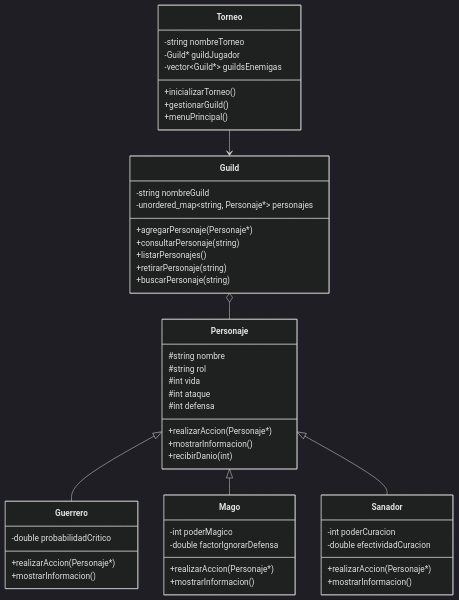
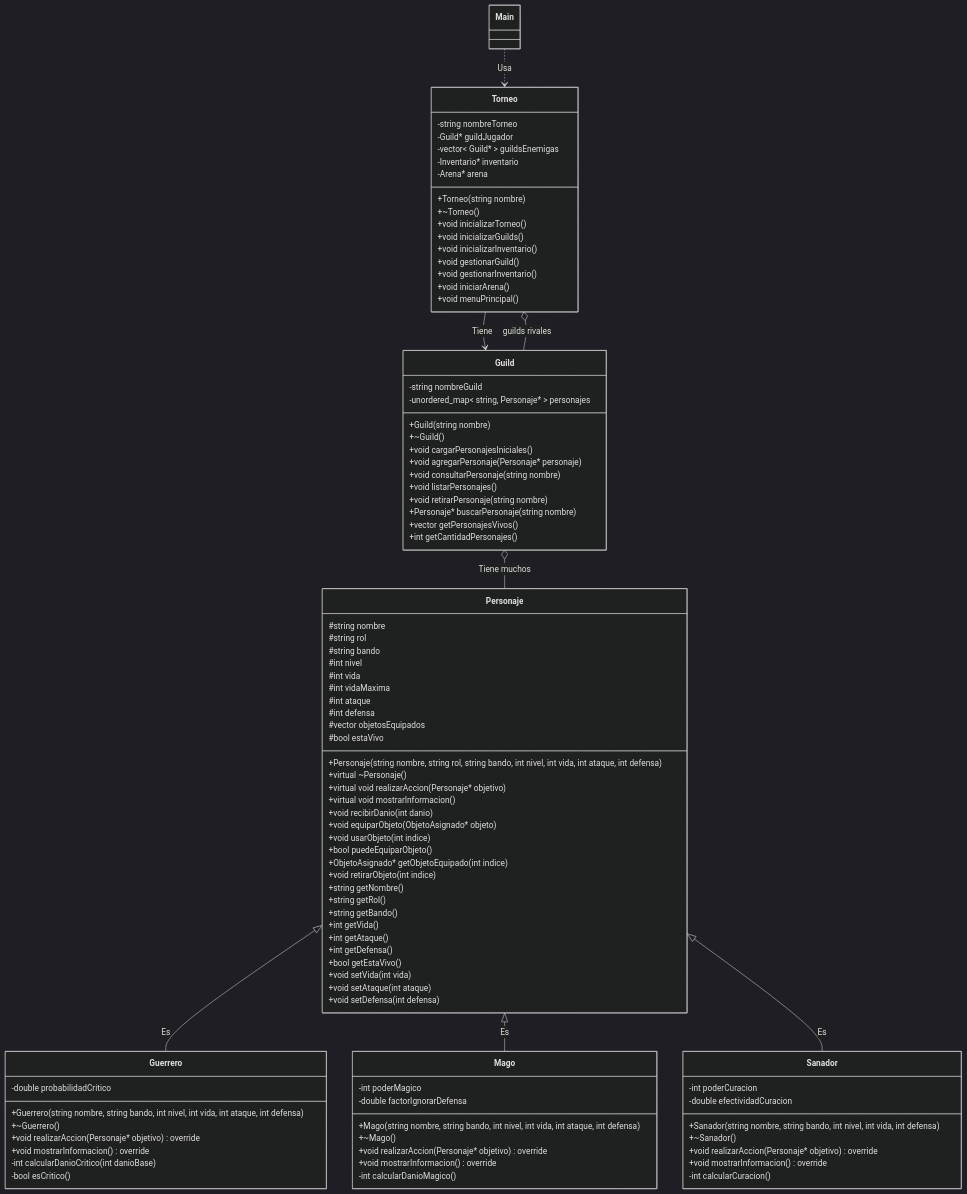
The diagram in Manual_Tecnico_Para el _Grupo.md (300CIS017-Object-Oriented-Programming/proyectofinal20252-el-gran-torneo-de-la-arena-proyectopoo), drawn with Mermaid (dark theme) before and after one commit.

Commit message:
MOD: Modifique el diagrama UML en el manual tecnico -> Corregir errores -> Claridad en el funcionamiento del sistema.

````diff
--- a/Manual_Tecnico_Para el _Grupo.md
+++ b/Manual_Tecnico_Para el _Grupo.md
@@ -141,58 +141,133 @@
 ```mermaid
 classDiagram
-    class Torneo{
+class Torneo{
         -string nombreTorneo
         -Guild* guildJugador
-        -vector~Guild*~ guildsEnemigas
-        +inicializarTorneo()
-        +gestionarGuild()
-        +menuPrincipal()
+        -vector< Guild* > guildsEnemigas  
+        -Inventario* inventario
+        -Arena* arena
+        
+        +Torneo(string nombre)
+        +~Torneo()
+        
+        +void inicializarTorneo()
+        +void inicializarGuilds()
+        +void inicializarInventario()
+        
+        +void gestionarGuild()
+        +void gestionarInventario()
+        +void iniciarArena()
+        
+        +void menuPrincipal()
     }
 
+    %% Gestiona personajes de un equipo
     class Guild{
         -string nombreGuild
-        -unordered_map~string, Personaje*~ personajes
-        +agregarPersonaje(Personaje*)
-        +consultarPersonaje(string)
-        +listarPersonajes()
-        +retirarPersonaje(string)
-        +buscarPersonaje(string)
+        -unordered_map< string, Personaje* > personajes
+        
+        +Guild(string nombre)
+        +~Guild()
+        
+        +void cargarPersonajesIniciales()
+        +void agregarPersonaje(Personaje* personaje)
+        +void consultarPersonaje(string nombre)
+        +void listarPersonajes()
+        +void retirarPersonaje(string nombre)
+        +Personaje* buscarPersonaje(string nombre)
+        
+        +vector<Personaje*> getPersonajesVivos()
+        +int getCantidadPersonajes()
     }
 
+    %% Clase base para personajes
     class Personaje{
         #string nombre
         #string rol
+        #string bando
+        #int nivel
         #int vida
+        #int vidaMaxima
         #int ataque
         #int defensa
-        +realizarAccion(Personaje*)
-        +mostrarInformacion()
-        +recibirDanio(int)
+        #vector<ObjetoAsignado*> objetosEquipados
+        #bool estaVivo
+        
+        +Personaje(string nombre, string rol, string bando, int nivel, int vida, int ataque, int defensa)
+        +virtual ~Personaje()
+        
+        +virtual void realizarAccion(Personaje* objetivo) 
+        +virtual void mostrarInformacion()
+        
+        +void recibirDanio(int danio)
+        +void equiparObjeto(ObjetoAsignado* objeto)
+        +void usarObjeto(int indice)
+        +bool puedeEquiparObjeto()
+        +ObjetoAsignado* getObjetoEquipado(int indice)
+        +void retirarObjeto(int indice)
+        
+        +string getNombre()
+        +string getRol()
+        +string getBando()
+        +int getVida()
+        +int getAtaque()
+        +int getDefensa()
+        +bool getEstaVivo()
+        
+        +void setVida(int vida)
+        +void setAtaque(int ataque)
+        +void setDefensa(int defensa)
     }
 
+    %% Especializado en ataques físicos
     class Guerrero{
         -double probabilidadCritico
-        +realizarAccion(Personaje*)
-        +mostrarInformacion()
+        
+        +Guerrero(string nombre, string bando, int nivel, int vida, int ataque, int defensa)
+        +~Guerrero()
+        
+        +void realizarAccion(Personaje* objetivo) override
+        +void mostrarInformacion() override
+        
+        -int calcularDanioCritico(int danioBase)
+        -bool esCritico()
     }
 
+    %% Especializado en magia
     class Mago{
         -int poderMagico
         -double factorIgnorarDefensa
-        +realizarAccion(Personaje*)
-        +mostrarInformacion()
+        
+        +Mago(string nombre, string bando, int nivel, int vida, int ataque, int defensa)
+        +~Mago()
+        
+        +void realizarAccion(Personaje* objetivo) override
+        +void mostrarInformacion() override
+        
+        -int calcularDanioMagico()
     }
 
+    %% Especializado en curación
     class Sanador{
         -int poderCuracion
         -double efectividadCuracion
-        +realizarAccion(Personaje*)
-        +mostrarInformacion()
+        
+        +Sanador(string nombre, string bando, int nivel, int vida, int defensa)
+        +~Sanador()
+        
+        +void realizarAccion(Personaje* objetivo) override
+        +void mostrarInformacion() override
+        
+        -int calcularCuracion()
     }
-
-    Torneo --> Guild
-    Guild o-- Personaje
-    Personaje <|-- Guerrero
-    Personaje <|-- Mago
-    Personaje <|-- Sanador
+    Main ..> Torneo : Usa
+    
+    Torneo --> Guild : Tiene
+    Torneo o--  Guild : guilds rivales
+    
+    Guild o-- Personaje : Tiene muchos
+    
+    Personaje <|-- Guerrero : Es
+    Personaje <|-- Mago : Es
+    Personaje <|-- Sanador : Es
 ```
````
